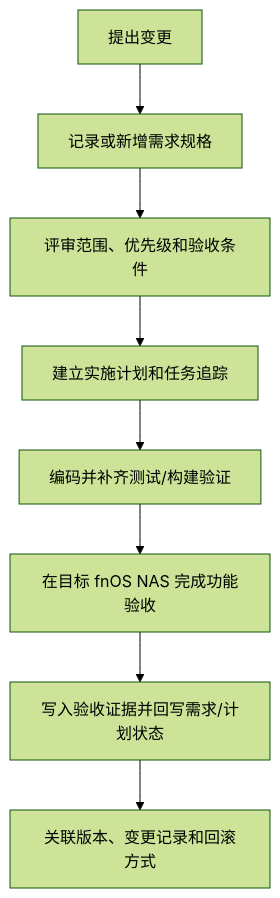
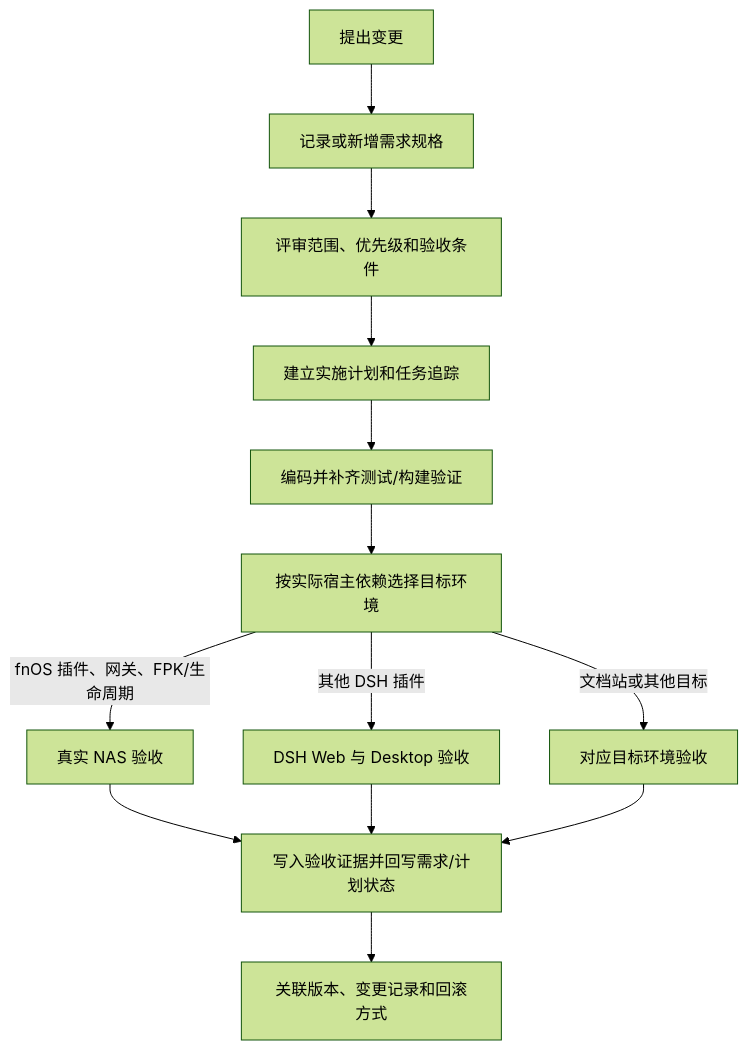
Before and after one commit to FNOSP/fnos-dsh: the first of 2 diagrams in docs/charter/sdd-workflow.md, drawn with Mermaid (forest theme). The commit also changed other lines of this file and 5 other files, not shown here.

````diff
--- a/docs/charter/sdd-workflow.md
+++ b/docs/charter/sdd-workflow.md
@@ -38,10 +38,15 @@
 ```mermaid
 flowchart TD
   change["提出变更"] --> requirement["记录或新增需求规格"]
   requirement --> review["评审范围、优先级和验收条件"]
   review --> plan["建立实施计划和任务追踪"]
   plan --> implementation["编码并补齐测试/构建验证"]
-  implementation --> nas["在目标 fnOS NAS 完成功能验收"]
+  implementation --> target["按实际宿主依赖选择目标环境"]
+  target -->|fnOS 插件、网关、FPK/生命周期| nas["真实 NAS 验收"]
+  target -->|其他 DSH 插件| client["DSH Web 与 Desktop 验收"]
+  target -->|文档站或其他目标| other["对应目标环境验收"]
   nas --> evidence["写入验收证据并回写需求/计划状态"]
+  client --> evidence
+  other --> evidence
   evidence --> release["关联版本、变更记录和回滚方式"]
 ```
````
